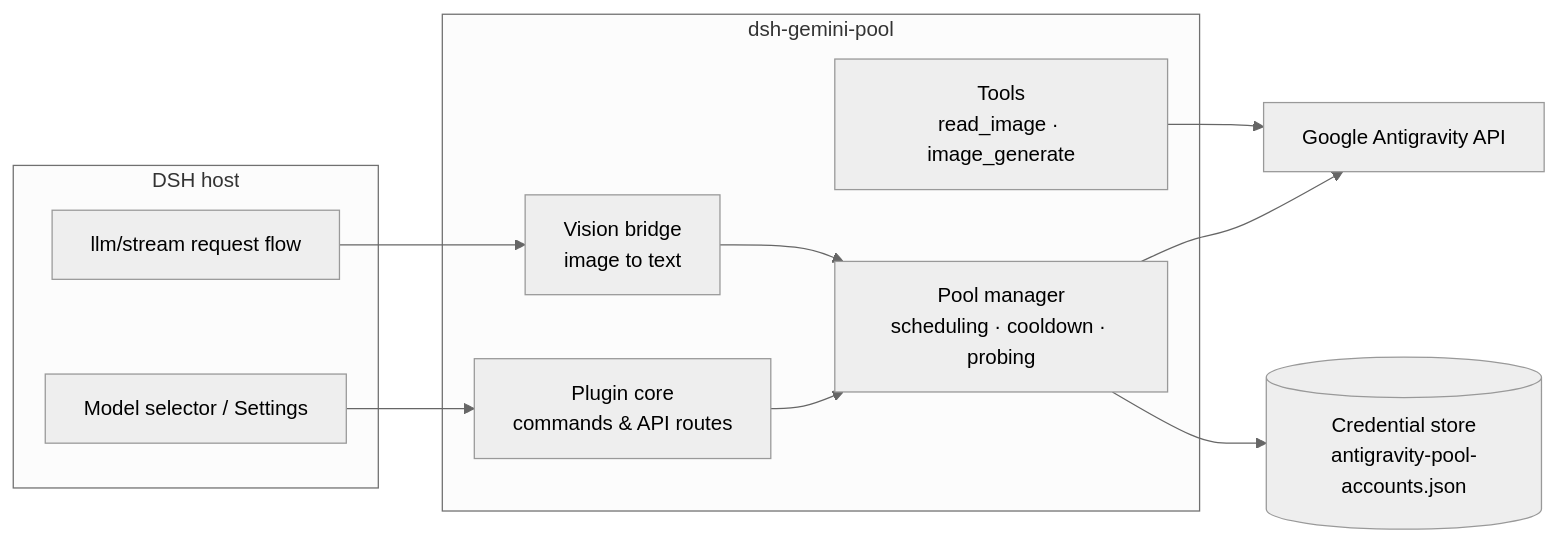
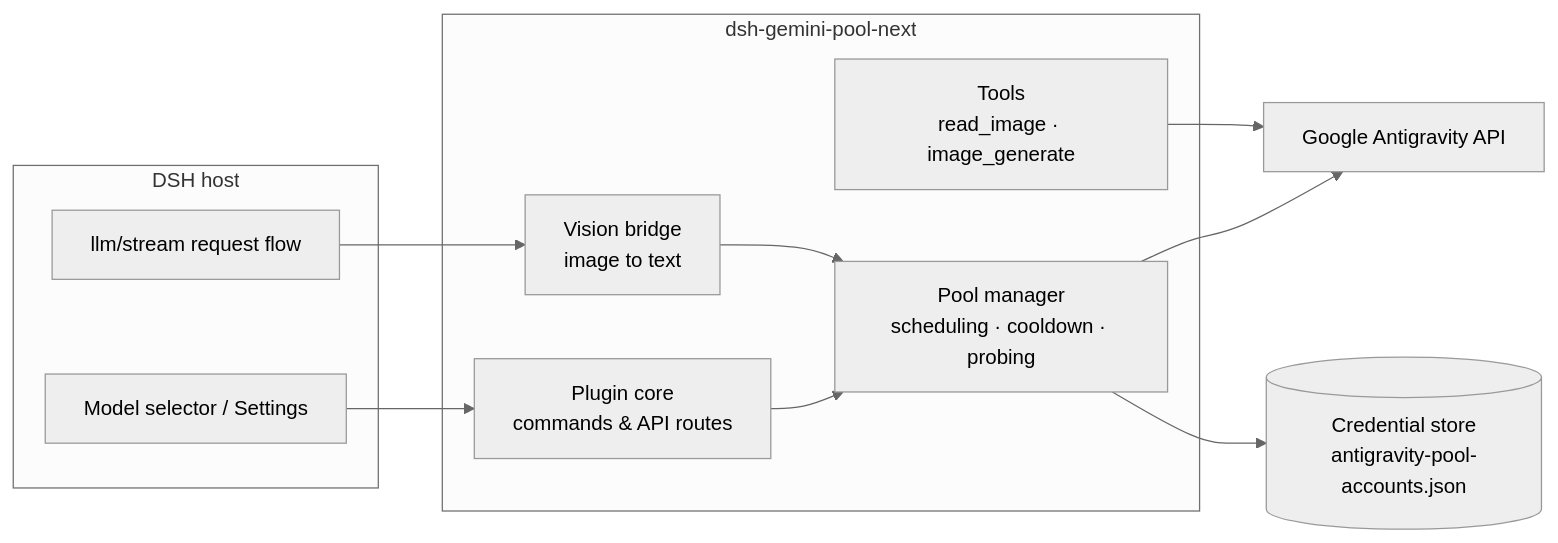
One commit to Q2297045667/dsh-gemini-pool-next changed the diagram in README.en.md. Above: the diagram before and after it, drawn with Mermaid (neutral theme). The commit also changed other lines of this file and 10 other files, not shown here.

First line of the commit message:
chore: rename project to dsh-gemini-pool-next

````diff
--- a/README.en.md
+++ b/README.en.md
@@ -219,22 +221,22 @@
 ```mermaid
 flowchart LR
   subgraph HOST["DSH host"]
     LLM["llm/stream request flow"]
     SEL["Model selector / Settings"]
   end
-  subgraph PLUGIN["dsh-gemini-pool"]
+  subgraph PLUGIN["dsh-gemini-pool-next"]
     CORE["Plugin core<br/>commands & API routes"]
     POOL["Pool manager<br/>scheduling · cooldown · probing"]
     VB["Vision bridge<br/>image to text"]
     TOOLS["Tools<br/>read_image · image_generate"]
   end
   STORE[("Credential store<br/>antigravity-pool-accounts.json")]
   GOOGLE["Google Antigravity API"]
 
   SEL --> CORE
   LLM --> VB --> POOL
   CORE --> POOL
   TOOLS --> GOOGLE
   POOL --> GOOGLE
   POOL --> STORE
 ```
````
